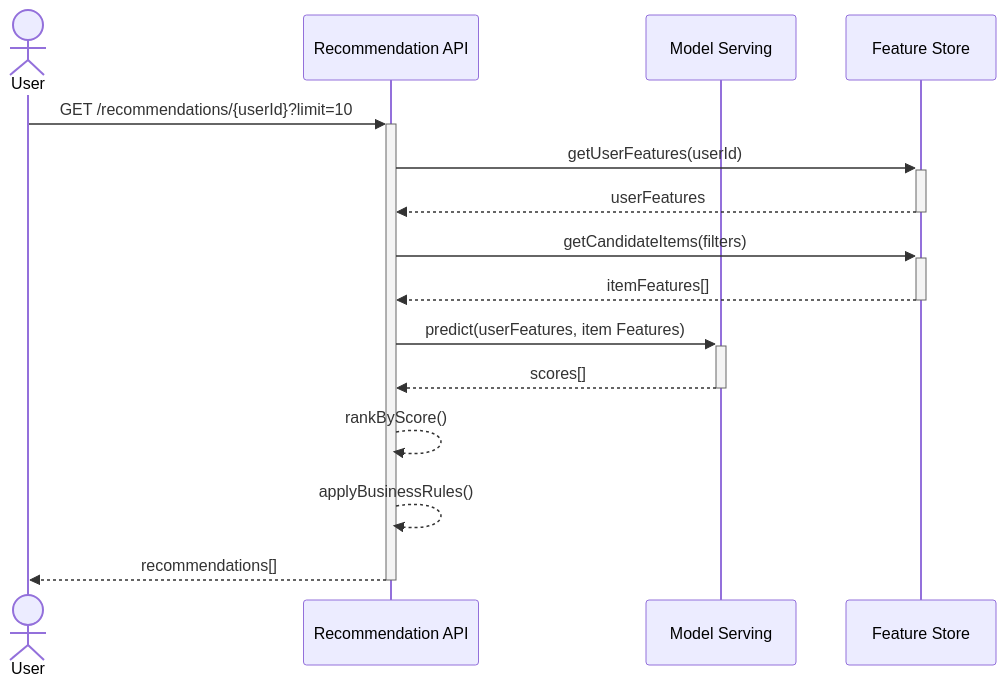
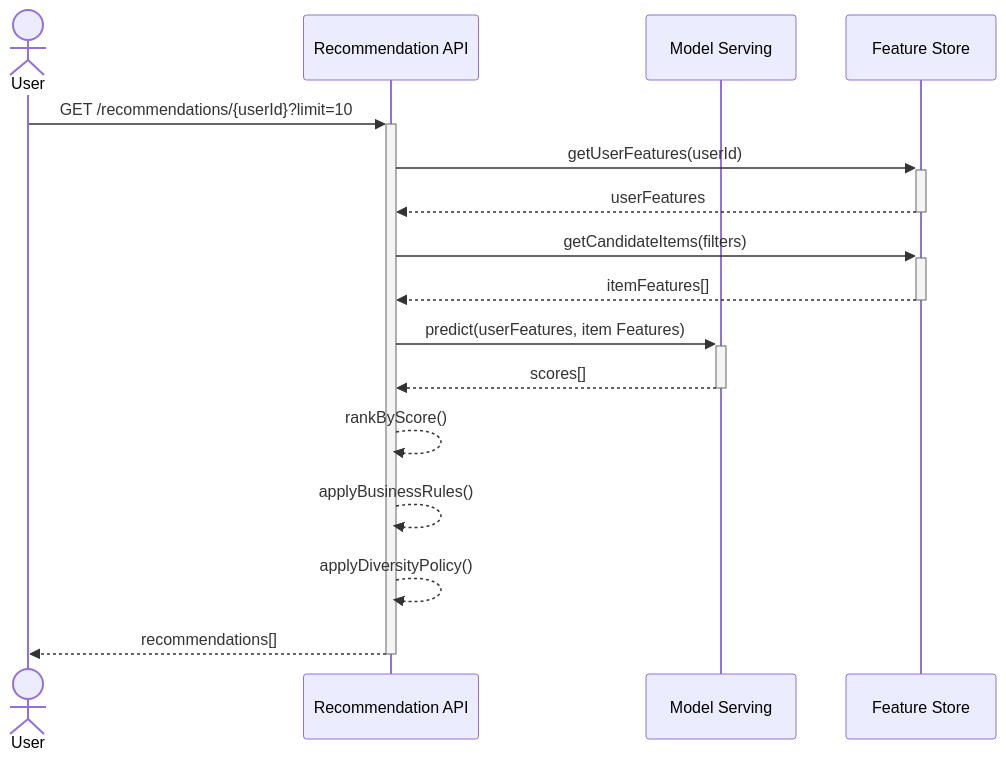
One commit to 0Ankit0/Project-Ideas changed the first of 3 diagrams in Smart Recommendation Engine/high-level-design/system-sequence-diagram.md. Above: the diagram before and after it, drawn with Mermaid. The commit also changed 18 other files, not shown here.

````diff
--- a/Smart Recommendation Engine/high-level-design/system-sequence-diagram.md
+++ b/Smart Recommendation Engine/high-level-design/system-sequence-diagram.md
@@ -5,18 +5,19 @@
 ```mermaid
 sequenceDiagram
     actor User
     participant API as Recommendation API
     participant ModelServing as Model Serving
     participant FeatureStore as Feature Store
     
     User->>+API: GET /recommendations/{userId}?limit=10
     API->>+FeatureStore: getUserFeatures(userId)
     FeatureStore-->>-API: userFeatures
     API->>+FeatureStore: getCandidateItems(filters)
     FeatureStore-->>-API: itemFeatures[]
     API->>+ModelServing: predict(userFeatures, item Features)
     ModelServing-->>-API: scores[]
     API-->>API: rankByScore()
     API-->>API: applyBusinessRules()
+    API-->>API: applyDiversityPolicy()
     API-->>-User: recommendations[]
 ```
````
